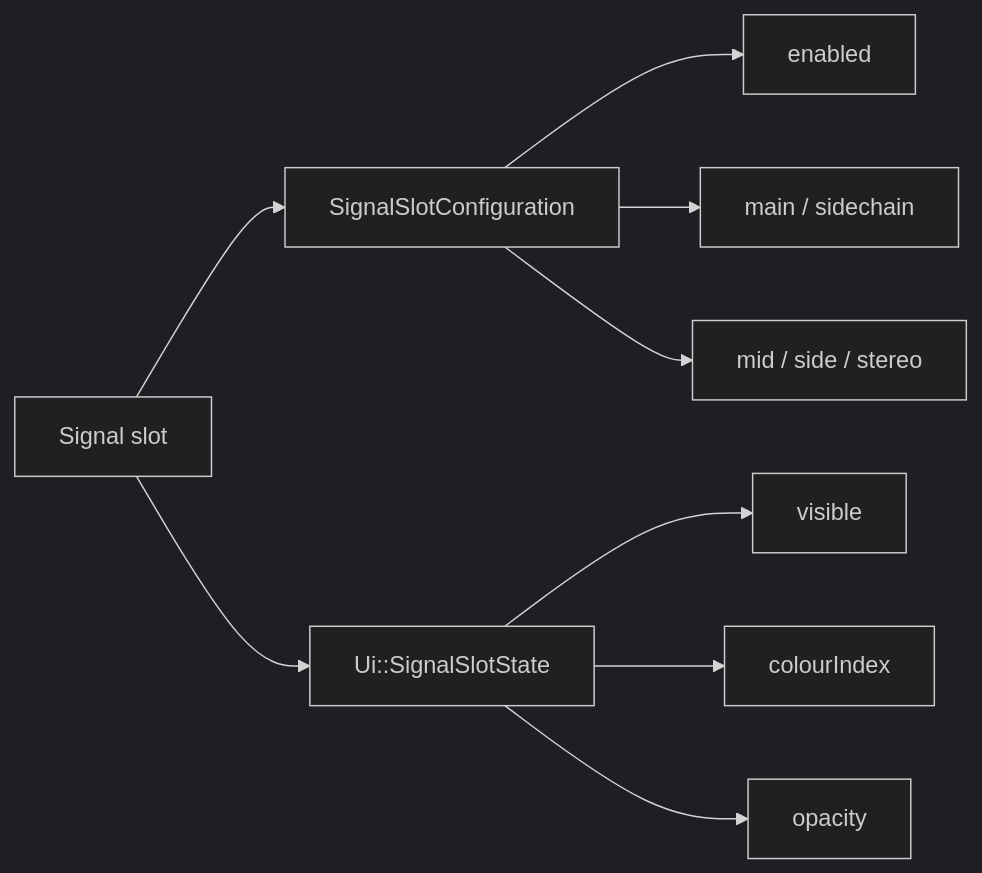
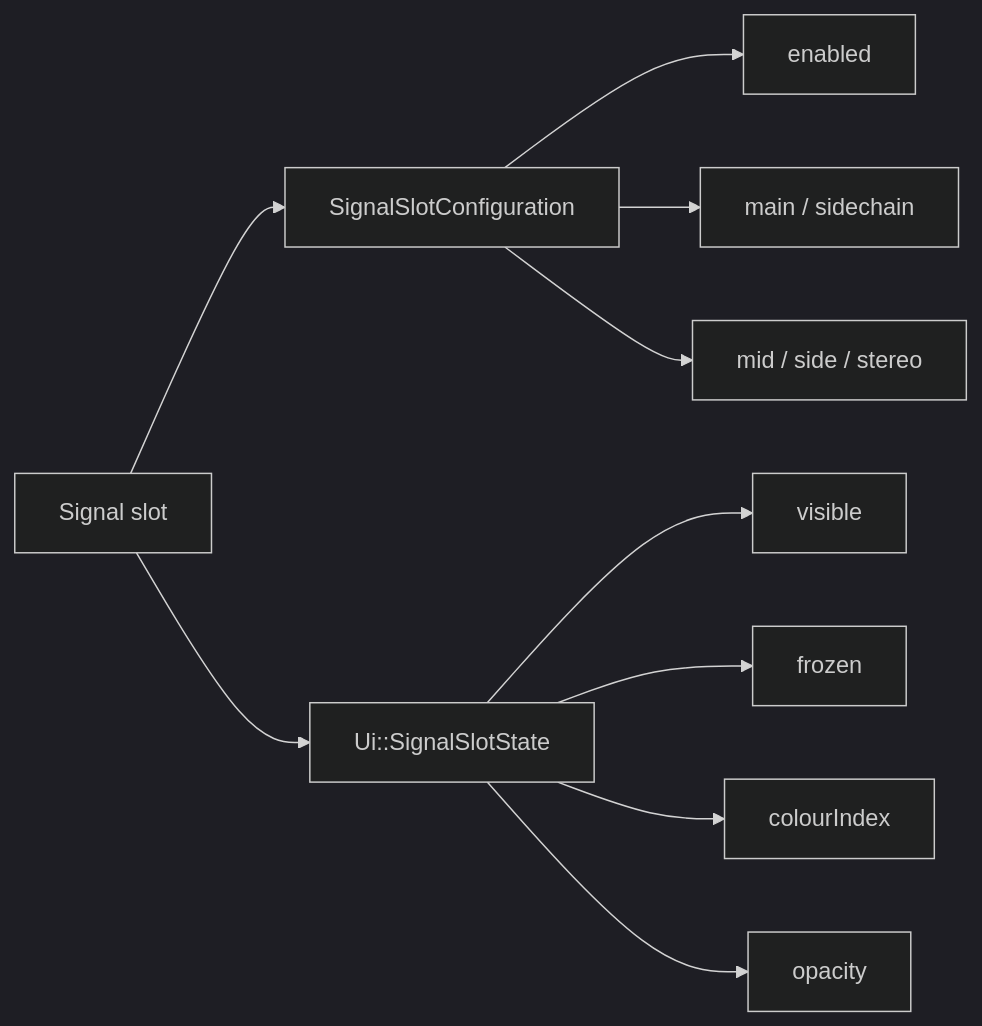
Before and after one commit to Silenterc/Band-Spectrum-Analyzer: the fourth of 8 diagrams in docs/audio-processing-architecture.md, drawn with Mermaid (dark theme). The commit also changed other lines of this file and 24 other files, not shown here.

````diff
--- a/docs/audio-processing-architecture.md
+++ b/docs/audio-processing-architecture.md
@@ -107,12 +107,13 @@
 ```mermaid
 flowchart LR
     Slot[Signal slot] --> Config[SignalSlotConfiguration]
     Config --> Enabled[enabled]
     Config --> Source[main / sidechain]
     Config --> Mode[mid / side / stereo]
 
     Slot --> UiState[Ui::SignalSlotState]
     UiState --> Visible[visible]
+    UiState --> Frozen[frozen]
     UiState --> Colour[colourIndex]
     UiState --> Opacity[opacity]
 ```
````
